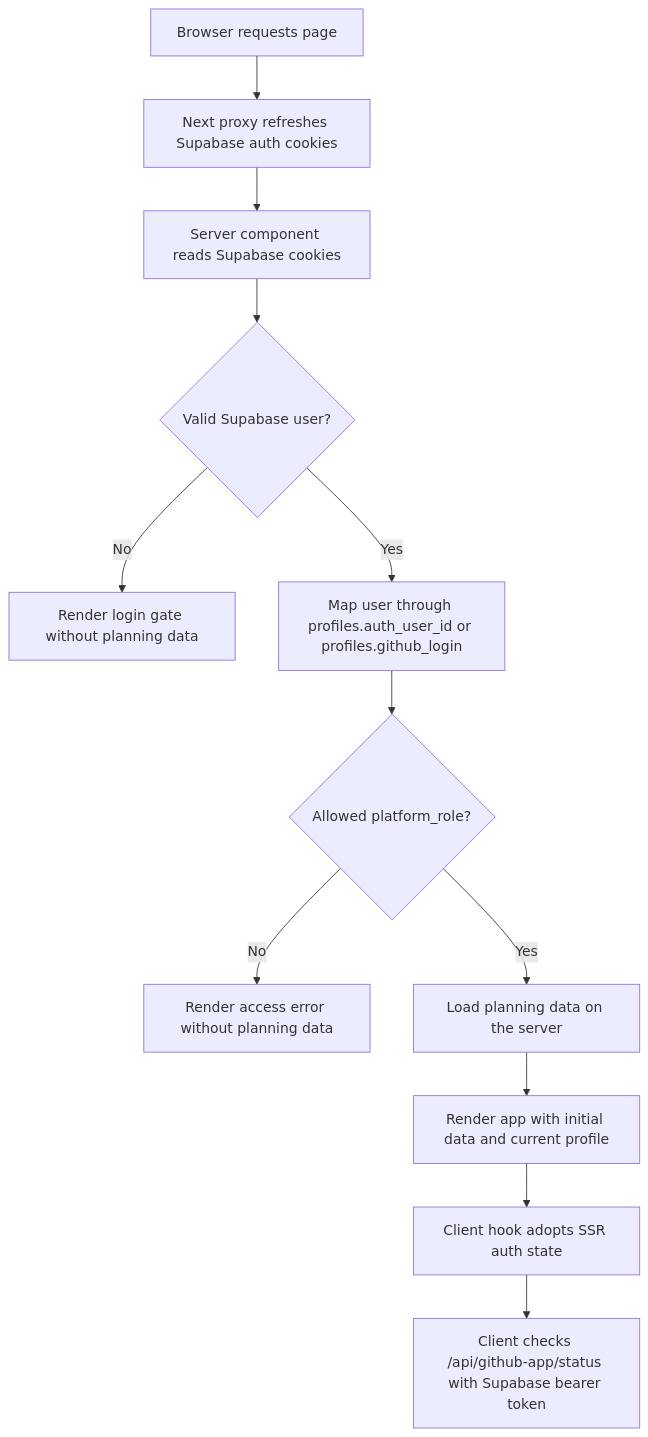
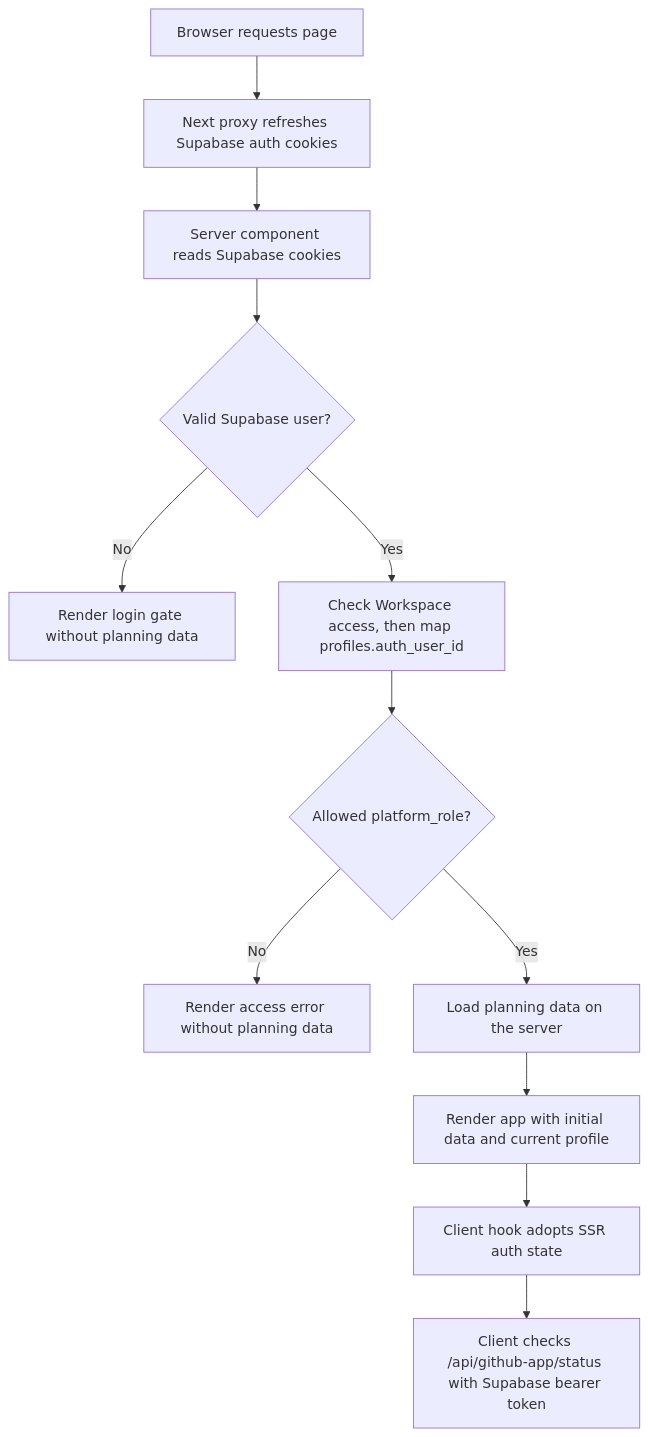
One commit to findmydoc-platform/founder-scoreboard-v2 changed the first of 5 diagrams in docs/auth-flow.md. Above: the diagram before and after it, drawn with Mermaid. The commit also changed other lines of this file and 94 other files, not shown here.

First line of the commit message:
feat: add staged Google Workspace login with access controls (#447)

````diff
--- a/docs/auth-flow.md
+++ b/docs/auth-flow.md
@@ -19,14 +21,14 @@
 ```mermaid
 flowchart TD
   A["Browser requests page"] --> B["Next proxy refreshes Supabase auth cookies"]
   B --> C["Server component reads Supabase cookies"]
   C --> D{"Valid Supabase user?"}
   D -- "No" --> E["Render login gate without planning data"]
-  D -- "Yes" --> F["Map user through profiles.auth_user_id or profiles.github_login"]
+  D -- "Yes" --> F["Check Workspace access, then map profiles.auth_user_id"]
   F --> G{"Allowed platform_role?"}
   G -- "No" --> H["Render access error without planning data"]
   G -- "Yes" --> I["Load planning data on the server"]
   I --> J["Render app with initial data and current profile"]
   J --> K["Client hook adopts SSR auth state"]
   K --> L["Client checks /api/github-app/status with Supabase bearer token"]
 ```
````
